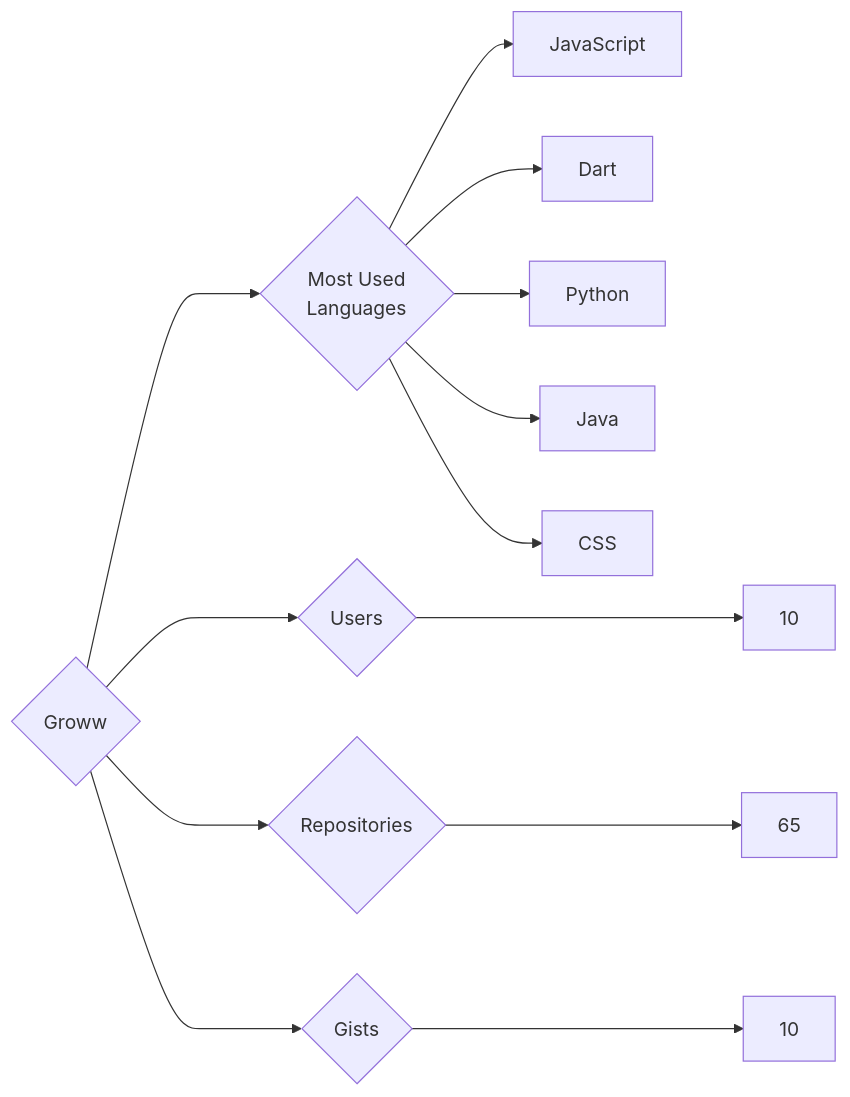
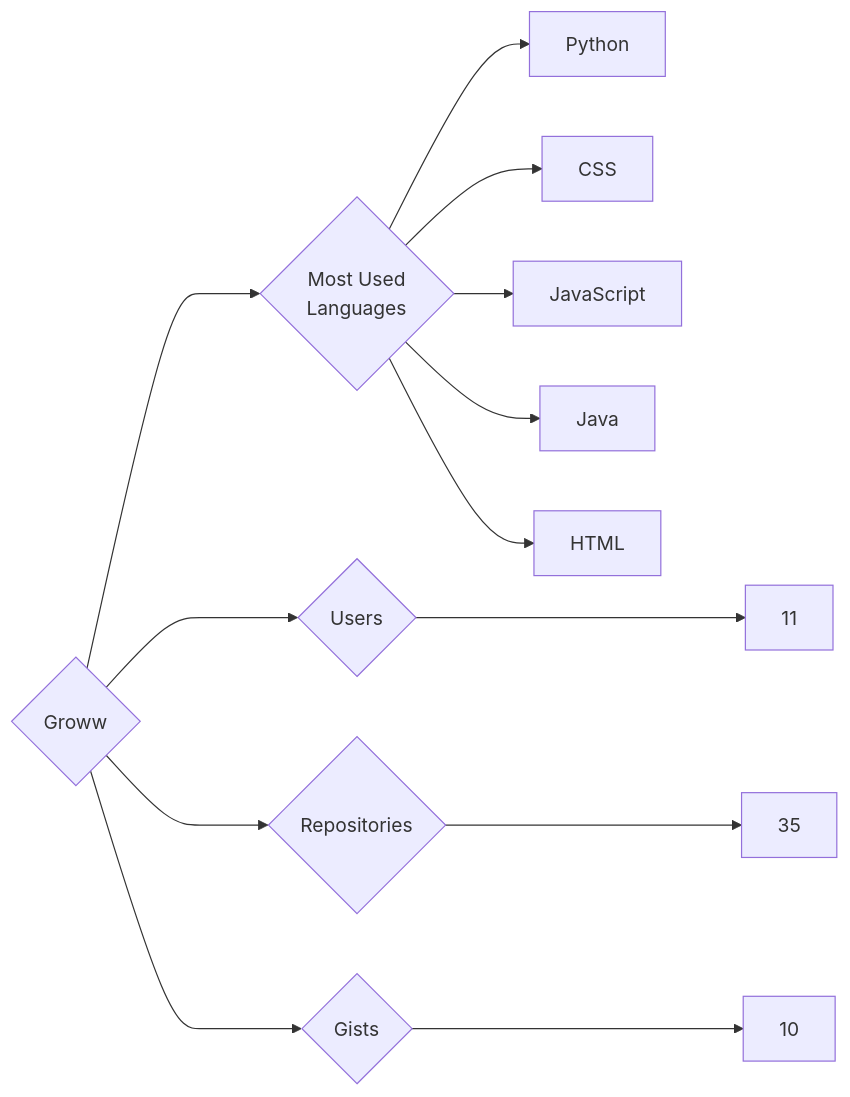
Before and after one commit to trickest/insiders: the diagram in targets/Groww/README.md, drawn with Mermaid. The commit also changed 933 other files, not shown here.

````diff
--- a/targets/Groww/README.md
+++ b/targets/Groww/README.md
@@ -3,13 +3,13 @@
 ```mermaid
 graph LR
 COMPANY_NAME{Groww}
-COMPANY_NAME ---> U{Users} ---> UN[10]
-COMPANY_NAME ---> R{Repositories} ---> RN[65]
+COMPANY_NAME ---> U{Users} ---> UN[11]
+COMPANY_NAME ---> R{Repositories} ---> RN[35]
 COMPANY_NAME ---> G{Gists} ---> GN[10]
 COMPANY_NAME ---> ML{Most Used<br>Languages}
+ML --> Python[Python]
+ML --> CSS[CSS]
 ML --> JavaScript[JavaScript]
-ML --> Dart[Dart]
-ML --> Python[Python]
 ML --> Java[Java]
-ML --> CSS[CSS]
+ML --> HTML[HTML]
 ```
````
